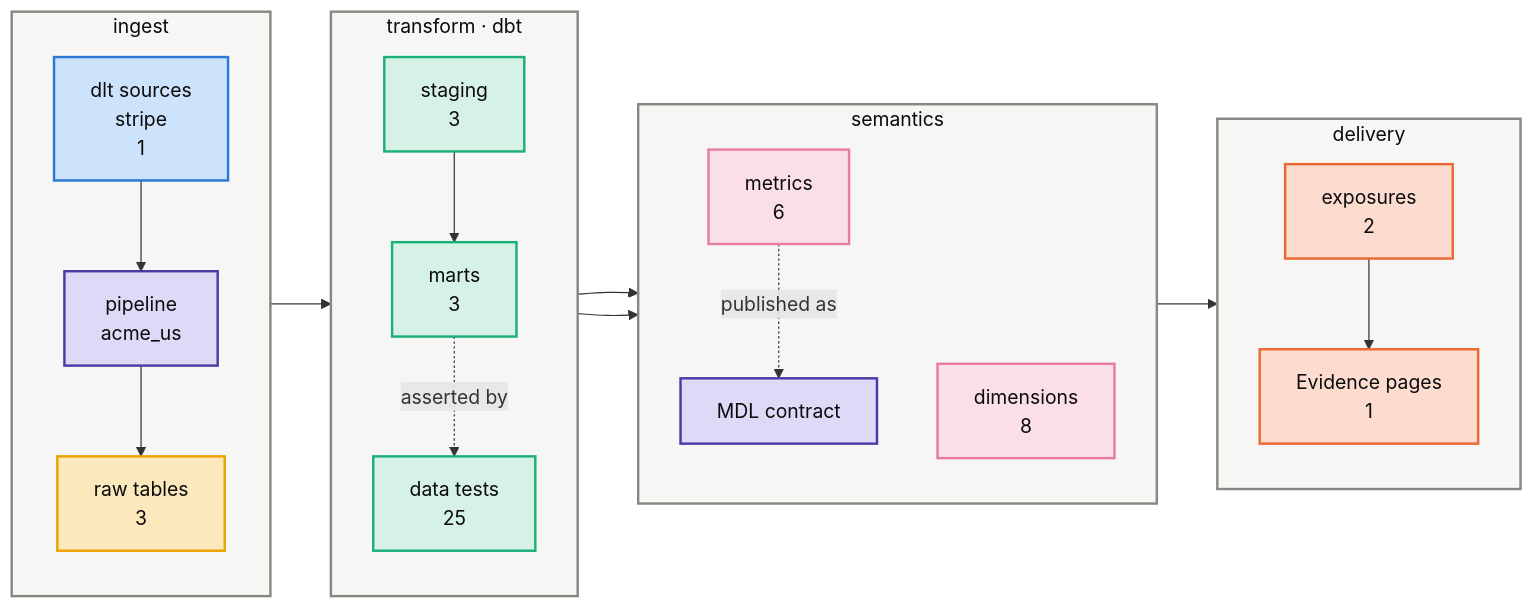
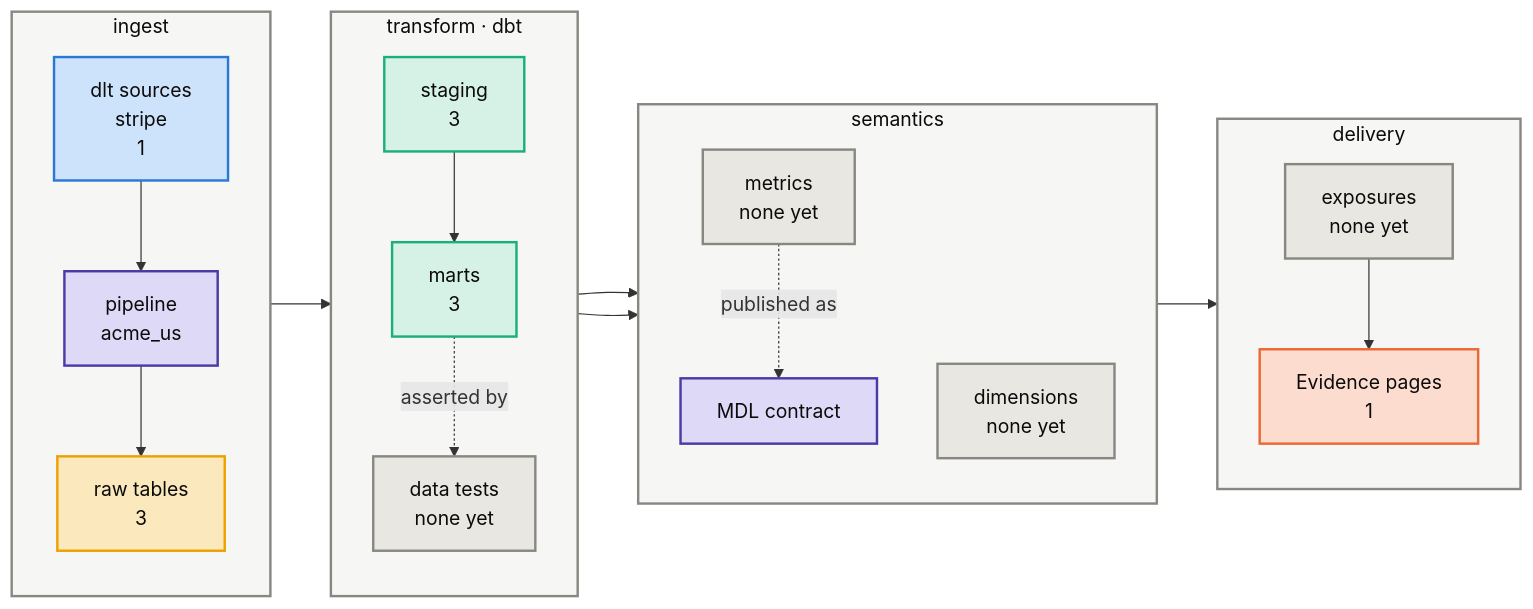
The first of 3 diagrams in groups/acme/projects/acme-us/kg/architecture.md (Atomz-org/data-platform), drawn with Mermaid before and after one commit. The commit also changed other lines of this file and 17 other files, not shown here.

First line of the commit message:
Rebuild the graphs and maps CI checks, for what this PR touches

````diff
--- a/groups/acme/projects/acme-us/kg/architecture.md
+++ b/groups/acme/projects/acme-us/kg/architecture.md
@@ -10,41 +10,41 @@
 ```mermaid
 flowchart LR
     subgraph LI["ingest"]
         direction TB
         I1["dlt sources<br/>stripe<br/>1"]:::ingress
         I2["pipeline<br/>acme_us"]:::platform
         I3["raw tables<br/>3"]:::raw
     end
     subgraph LT["transform · dbt"]
         direction TB
         T1["staging<br/>3"]:::model
         T2["marts<br/>3"]:::model
-        T3["data tests<br/>25"]:::model
+        T3["data tests<br/>none yet"]:::neutral
     end
     subgraph LS["semantics"]
         direction TB
-        S1["metrics<br/>6"]:::metric
-        S2["dimensions<br/>8"]:::metric
+        S1["metrics<br/>none yet"]:::neutral
+        S2["dimensions<br/>none yet"]:::neutral
         S3["MDL contract"]:::platform
     end
     subgraph LD["delivery"]
         direction TB
-        D1["exposures<br/>2"]:::exposure
+        D1["exposures<br/>none yet"]:::neutral
         D2["Evidence pages<br/>1"]:::exposure
     end
     I1 --> I2 --> I3 --> T1 --> T2
     T2 --> S1 --> D1 --> D2
     T2 --> S2
     S1 -.published as.-> S3
     T2 -.asserted by.-> T3
     classDef ingress fill:#cde2fb,stroke:#2a78d6,stroke-width:2px,color:#0b0b0b
     classDef platform fill:#ded9f7,stroke:#4a3aa7,stroke-width:2px,color:#0b0b0b
     classDef raw fill:#fbe8bd,stroke:#eda100,stroke-width:2px,color:#0b0b0b
     classDef model fill:#d6f2e6,stroke:#1baf7a,stroke-width:2px,color:#0b0b0b
     classDef metric fill:#fadfe8,stroke:#e87ba4,stroke-width:2px,color:#0b0b0b
     classDef exposure fill:#fbdccf,stroke:#eb6834,stroke-width:2px,color:#0b0b0b
     classDef neutral fill:#e8e7e2,stroke:#898781,stroke-width:2px,color:#0b0b0b
     classDef project fill:#e3eefc,stroke:#2a78d6,stroke-width:2px,color:#0b0b0b
     classDef lane fill:#f6f6f4,stroke:#898781,stroke-width:2px,color:#0b0b0b
     class LI,LT,LS,LD lane
 ```
````
